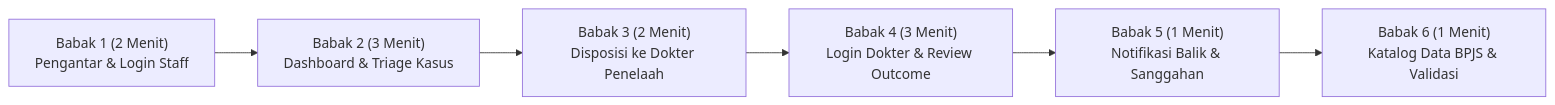
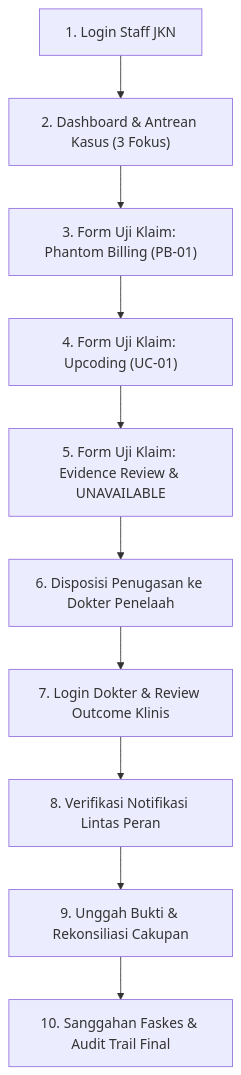
The diagram in docs/PANDUAN_DEMO_END_TO_END_MEDCAREJKN.md (akhzaozy/medcarejkn), drawn with Mermaid before and after one commit. The commit also changed other lines of this file and 56 other files, not shown here.

Commit message:
feat: finalize MedCareJKN three-focus audit workflows

````diff
--- a/docs/PANDUAN_DEMO_END_TO_END_MEDCAREJKN.md
+++ b/docs/PANDUAN_DEMO_END_TO_END_MEDCAREJKN.md
@@ -65,8 +42,12 @@
 ```mermaid
-flowchart LR
-    B1["Babak 1 (2 Menit)\nPengantar & Login Staff"] --> B2["Babak 2 (3 Menit)\nDashboard & Triage Kasus"]
-    B2 --> B3["Babak 3 (2 Menit)\nDisposisi ke Dokter Penelaah"]
-    B3 --> B4["Babak 4 (3 Menit)\nLogin Dokter & Review Outcome"]
-    B4 --> B5["Babak 5 (1 Menit)\nNotifikasi Balik & Sanggahan"]
-    B5 --> B6["Babak 6 (1 Menit)\nKatalog Data BPJS & Validasi"]
+flowchart TD
+    S1["1. Login Staff JKN"] --> S2["2. Dashboard & Antrean Kasus (3 Fokus)"]
+    S2 --> S3["3. Form Uji Klaim: Phantom Billing (PB-01)"]
+    S3 --> S4["4. Form Uji Klaim: Upcoding (UC-01)"]
+    S4 --> S5["5. Form Uji Klaim: Evidence Review & UNAVAILABLE"]
+    S5 --> S6["6. Disposisi Penugasan ke Dokter Penelaah"]
+    S6 --> S7["7. Login Dokter & Review Outcome Klinis"]
+    S7 --> S8["8. Verifikasi Notifikasi Lintas Peran"]
+    S8 --> S9["9. Unggah Bukti & Rekonsiliasi Cakupan"]
+    S9 --> S10["10. Sanggahan Faskes & Audit Trail Final"]
 ```
````
